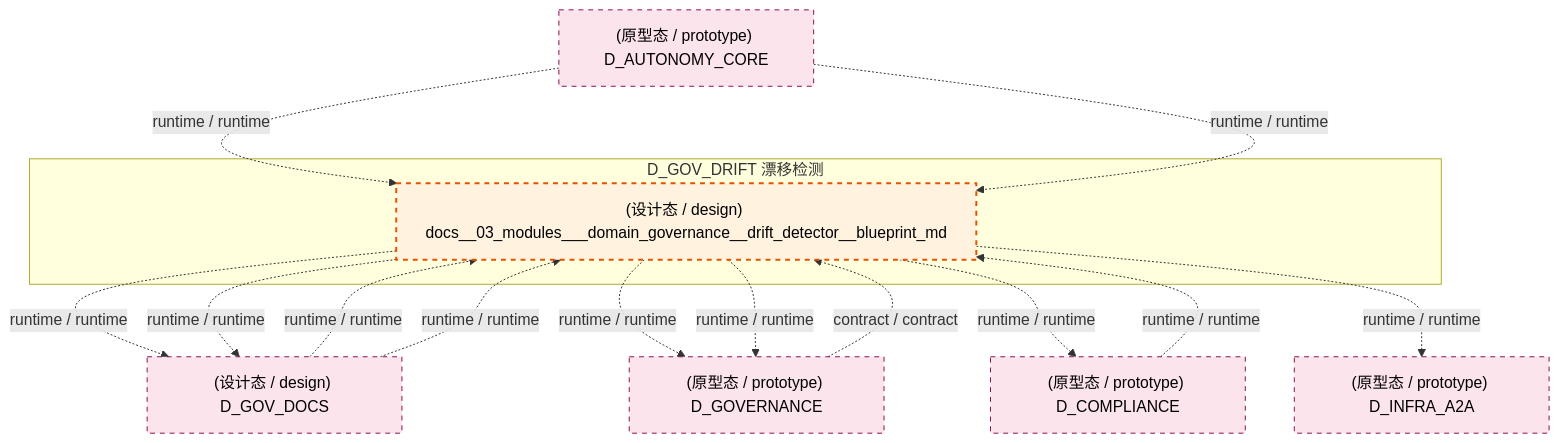
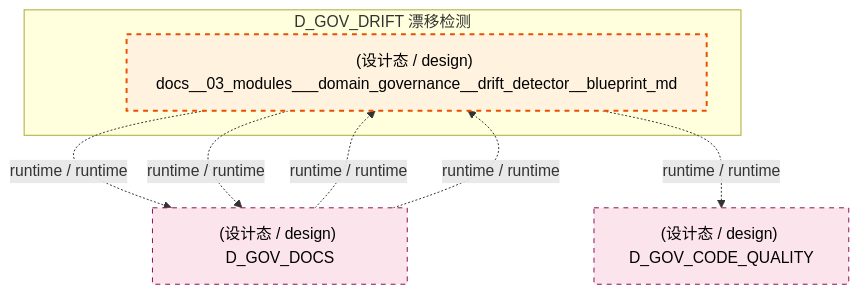
The fifth of 7 diagrams in docs/02_enterprise_architecture/02_domain_architecture_docs/41_d_gov_drift.md (xuanFelixVan/ZephyrAlpha), drawn with Mermaid before and after one commit. The commit also changed other lines of this file and 126 other files, not shown here.

````diff
--- a/docs/02_enterprise_architecture/02_domain_architecture_docs/41_d_gov_drift.md
+++ b/docs/02_enterprise_architecture/02_domain_architecture_docs/41_d_gov_drift.md
@@ -556,29 +558,19 @@
 ```mermaid
 graph TD
     subgraph D_GOV_DRIFT["D_GOV_DRIFT 漂移检测"]
         docs_03_modules_domain_governance_drift_detector_blueprint_md["(设计态 / design) docs__03_modules___domain_governance__drift_detector__blueprint_md"]
     end
     D_GOV_DOCS["(设计态 / design) D_GOV_DOCS"]
     docs_03_modules_domain_governance_drift_detector_blueprint_md -.->|runtime / runtime| D_GOV_DOCS
-    D_GOVERNANCE["(原型态 / prototype) D_GOVERNANCE"]
-    docs_03_modules_domain_governance_drift_detector_blueprint_md -.->|runtime / runtime| D_GOVERNANCE
-    D_COMPLIANCE["(原型态 / prototype) D_COMPLIANCE"]
-    docs_03_modules_domain_governance_drift_detector_blueprint_md -.->|runtime / runtime| D_COMPLIANCE
-    D_INFRA_A2A["(原型态 / prototype) D_INFRA_A2A"]
-    docs_03_modules_domain_governance_drift_detector_blueprint_md -.->|runtime / runtime| D_INFRA_A2A
+    D_GOV_CODE_QUALITY["(设计态 / design) D_GOV_CODE_QUALITY"]
+    docs_03_modules_domain_governance_drift_detector_blueprint_md -.->|runtime / runtime| D_GOV_CODE_QUALITY
     docs_03_modules_domain_governance_drift_detector_blueprint_md -.->|runtime / runtime| D_GOV_DOCS
-    docs_03_modules_domain_governance_drift_detector_blueprint_md -.->|runtime / runtime| D_GOVERNANCE
-    D_COMPLIANCE -.->|runtime / runtime| docs_03_modules_domain_governance_drift_detector_blueprint_md
     D_GOV_DOCS -.->|runtime / runtime| docs_03_modules_domain_governance_drift_detector_blueprint_md
     D_GOV_DOCS -.->|runtime / runtime| docs_03_modules_domain_governance_drift_detector_blueprint_md
-    D_GOVERNANCE -.->|contract / contract| docs_03_modules_domain_governance_drift_detector_blueprint_md
-    D_AUTONOMY_CORE["(原型态 / prototype) D_AUTONOMY_CORE"]
-    D_AUTONOMY_CORE -.->|runtime / runtime| docs_03_modules_domain_governance_drift_detector_blueprint_md
-    D_AUTONOMY_CORE -.->|runtime / runtime| docs_03_modules_domain_governance_drift_detector_blueprint_md
     classDef production fill:#e1f5fe,stroke:#01579b,stroke-width:2px,color:#000
     classDef design fill:#fff3e0,stroke:#e65100,stroke-width:2px,color:#000,stroke-dasharray: 5 5
     classDef external_prod fill:#e8f5e9,stroke:#1b5e20,stroke-width:1px,color:#000
     classDef external_design fill:#fce4ec,stroke:#880e4f,stroke-width:1px,color:#000,stroke-dasharray: 5 5
     class docs_03_modules_domain_governance_drift_detector_blueprint_md design
-    class D_GOV_DOCS,D_GOVERNANCE,D_COMPLIANCE,D_INFRA_A2A,D_AUTONOMY_CORE external_design
+    class D_GOV_DOCS,D_GOV_CODE_QUALITY external_design
 ```
````
